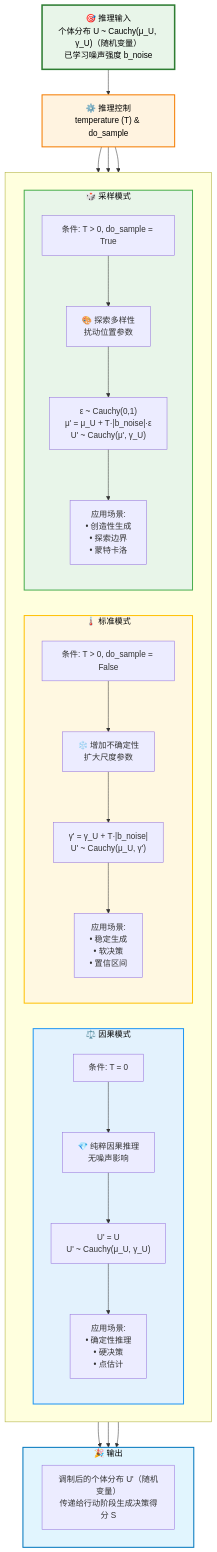
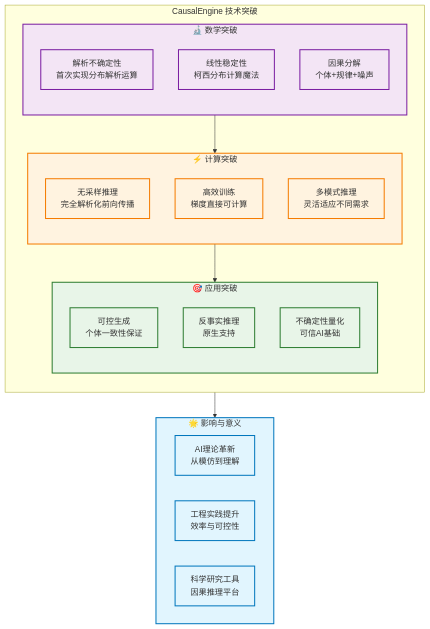
One commit to 1587causalai/CausalQwen changed the tenth of 10 diagrams in causal_engine/MATHEMATICAL_FOUNDATIONS_CN.md. Above: the diagram before and after it, drawn with Mermaid. The commit also changed other lines of this file and 7 other files, not shown here.

````diff
--- a/causal_engine/MATHEMATICAL_FOUNDATIONS_CN.md
+++ b/causal_engine/MATHEMATICAL_FOUNDATIONS_CN.md
@@ -476,63 +532,48 @@
 ```mermaid
 graph TB
-    %% 主流程：从上到下
-    
-    Input["🎯 推理输入<br/>个体分布 U ~ Cauchy(μ_U, γ_U)（随机变量）<br/>已学习噪声强度 b_noise"]
-    
-    Input --> Control["⚙️ 推理控制<br/>temperature (T) & do_sample"]
-    
-    %% 将三个模式放在一个隐藏的容器中，以便统一连接
-    subgraph " "
-        direction LR %% 关键：让内部的模式水平排列
+    subgraph Breakthroughs["CausalEngine 技术突破"]
+        direction TB
         
-        subgraph CausalMode ["⚖️ 因果模式"]
+        subgraph Math["🔬 数学突破"]
             direction TB
-            C_Cond["条件: T = 0"]
-            C_Desc["💎 纯粹因果推理<br/>无噪声影响"]
-            C_Math["U' = U<br/>U' ~ Cauchy(μ_U, γ_U)"]
-            C_Use["应用场景:<br/>• 确定性推理<br/>• 硬决策<br/>• 点估计"]
-            C_Cond --> C_Desc --> C_Math --> C_Use
+            M1["解析不确定性<br/>首次实现分布解析运算"]
+            M2["线性稳定性<br/>柯西分布计算魔法"]
+            M3["因果分解<br/>个体+规律+噪声"]
         end
         
-        subgraph StandardMode ["🌡️ 标准模式"]
+        subgraph Computation["⚡ 计算突破"]
             direction TB
-            S_Cond["条件: T > 0, do_sample = False"]
-            S_Desc["❄️ 增加不确定性<br/>扩大尺度参数"]
-            S_Math["γ' = γ_U + T·|b_noise|<br/>U' ~ Cauchy(μ_U, γ')"]
-            S_Use["应用场景:<br/>• 稳定生成<br/>• 软决策<br/>• 置信区间"]
-            S_Cond --> S_Desc --> S_Math --> S_Use
+            Comp1["无采样推理<br/>完全解析化前向传播"]
+            Comp2["高效训练<br/>梯度直接可计算"]
+            Comp3["多模式推理<br/>灵活适应不同需求"]
         end
         
-        subgraph SamplingMode ["🎲 采样模式"]
+        subgraph Application["🎯 应用突破"]
             direction TB
-            M_Cond["条件: T > 0, do_sample = True"]
-            M_Desc["🎨 探索多样性<br/>扰动位置参数"]
-            M_Math["ε ~ Cauchy(0,1)<br/>μ' = μ_U + T·|b_noise|·ε<br/>U' ~ Cauchy(μ', γ_U)"]
-            M_Use["应用场景:<br/>• 创造性生成<br/>• 探索边界<br/>• 蒙特卡洛"]
-            M_Cond --> M_Desc --> M_Math --> M_Use
+            App1["可控生成<br/>个体一致性保证"]
+            App2["反事实推理<br/>原生支持"]
+            App3["不确定性量化<br/>可信AI基础"]
         end
     end
     
-    %% 连接控制与各个模式
-    Control --> CausalMode
-    Control --> StandardMode
-    Control --> SamplingMode
+    Math --> Computation --> Application
     
-    %% 连接各个模式到输出
-    CausalMode --> Output
-    StandardMode --> Output
-    SamplingMode --> Output
-    
-    subgraph Output ["🎉 输出"]
-        OutDesc["调制后的个体分布 U'（随机变量）<br/>传递给行动阶段生成决策得分 S"]
+    subgraph Impact["🌟 影响与意义"]
+        direction LR
+        I1["AI理论革新<br/>从模仿到理解"]
+        I2["工程实践提升<br/>效率与可控性"]
+        I3["科学研究工具<br/>因果推理平台"]
     end
     
-    %% 样式 (与原版完全相同)
-    style Input fill:#e8f5e9,stroke:#2e7d32,stroke-width:3px,color:#000
-    style Control fill:#fff3e0,stroke:#f57c00,stroke-width:2px,color:#000
-    style Output fill:#e1f5fe,stroke:#0277bd,stroke-width:2px,color:#000
+    Breakthroughs --> Impact
     
-    style CausalMode fill:#e3f2fd,stroke:#2196f3,stroke-width:2px,color:#000
-    style StandardMode fill:#fff8e1,stroke:#ffc107,stroke-width:2px,color:#000
-    style SamplingMode fill:#e8f5e9,stroke:#4caf50,stroke-width:2px,color:#000
+    classDef mathStyle fill:#f3e5f5,stroke:#7b1fa2,stroke-width:2px
+    classDef compStyle fill:#fff3e0,stroke:#f57c00,stroke-width:2px
+    classDef appStyle fill:#e8f5e8,stroke:#2e7d32,stroke-width:2px
+    classDef impactStyle fill:#e1f5fe,stroke:#0277bd,stroke-width:2px
+    
+    class Math,M1,M2,M3 mathStyle
+    class Computation,Comp1,Comp2,Comp3 compStyle
+    class Application,App1,App2,App3 appStyle
+    class Impact,I1,I2,I3 impactStyle
 ```
````
